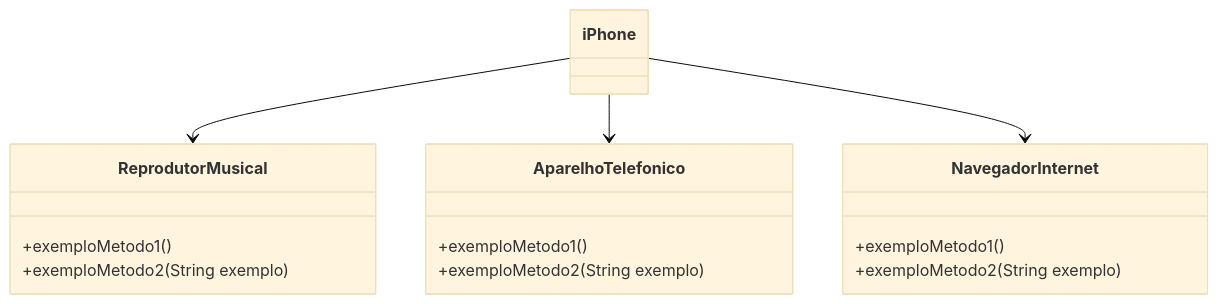
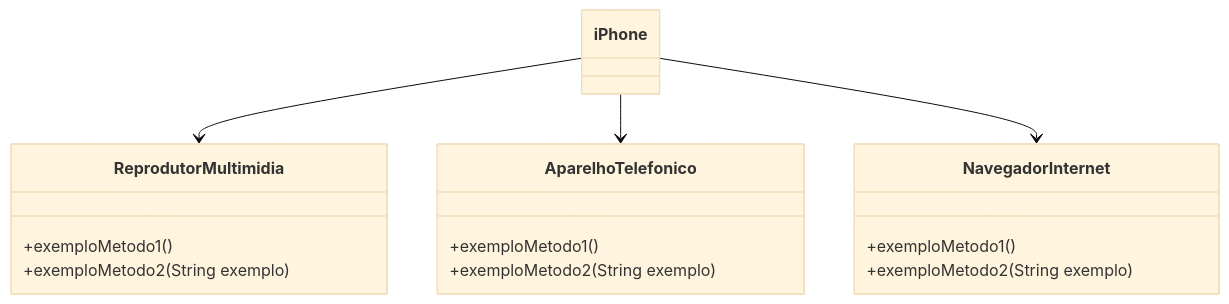
The diagram in iphone-modeling-and-poo-java/POO-DESAFIO.md (JaqueBRSilva/desafios-santander-2024-backend-java), drawn with Mermaid (base theme) before and after one commit. The commit also changed 1 other file, not shown here.

Commit message:
docs: atualização de métodos no diagrama

````diff
--- a/iphone-modeling-and-poo-java/POO-DESAFIO.md
+++ b/iphone-modeling-and-poo-java/POO-DESAFIO.md
@@ -31,25 +31,25 @@
 ```mermaid
 classDiagram
 
-    class ReprodutorMusical {
+    class ReprodutorMultimidia {
         +exemploMetodo1()
         +exemploMetodo2(String exemplo)
     }
 
     class AparelhoTelefonico {
         +exemploMetodo1()
         +exemploMetodo2(String exemplo)
     }
 
     class NavegadorInternet {
         +exemploMetodo1()
         +exemploMetodo2(String exemplo)
     }
 
     class iPhone {
     }
 
-    iPhone --> ReprodutorMusical
+    iPhone --> ReprodutorMultimidia
     iPhone --> AparelhoTelefonico
     iPhone --> NavegadorInternet
 ```
````
